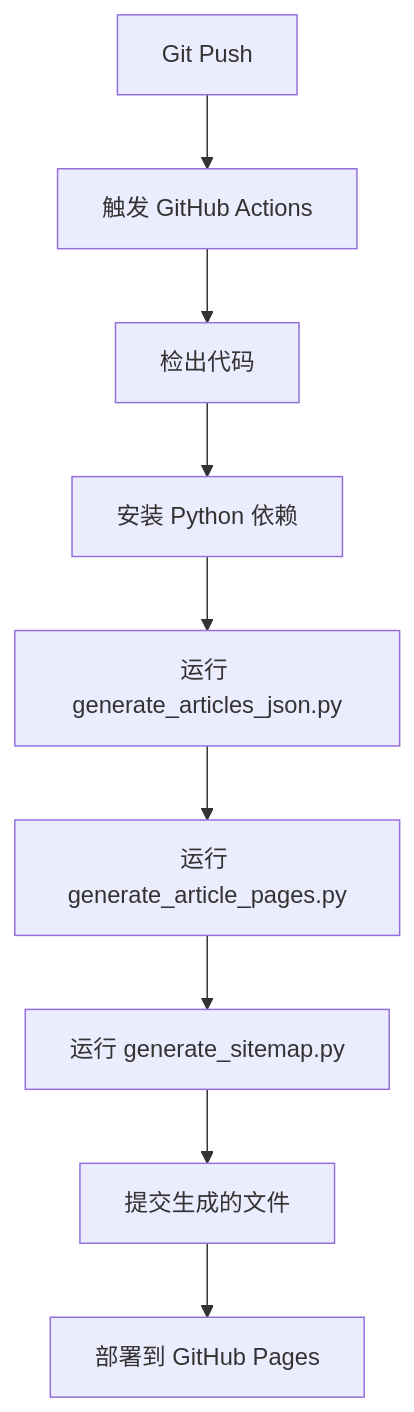
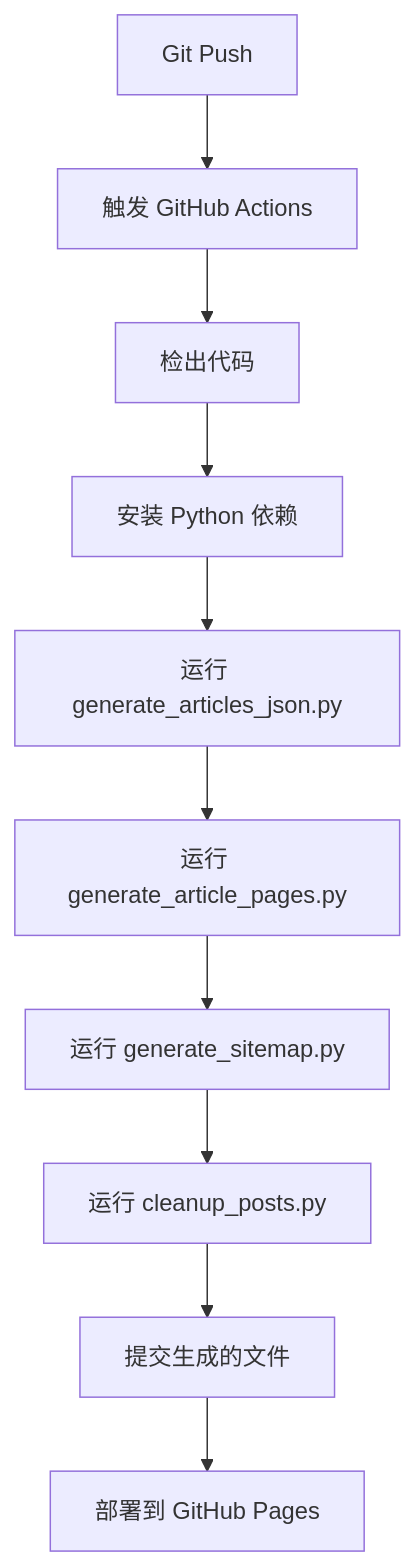
The second of 3 diagrams in PROJECT_TOPOLOGY.md (yukari502/yukari502.github.io), drawn with Mermaid before and after one commit. The commit also changed other lines of this file and 17 other files, not shown here.

````diff
--- a/PROJECT_TOPOLOGY.md
+++ b/PROJECT_TOPOLOGY.md
@@ -148,11 +152,12 @@
 ```mermaid
 graph TD
     A[Git Push] --> B[触发 GitHub Actions]
     B --> C[检出代码]
     C --> D[安装 Python 依赖]
     D --> E[运行 generate_articles_json.py]
     E --> F[运行 generate_article_pages.py]
     F --> G[运行 generate_sitemap.py]
-    G --> H[提交生成的文件]
+    G --> J[运行 cleanup_posts.py]
+    J --> H[提交生成的文件]
     H --> I[部署到 GitHub Pages]
 ```
````
